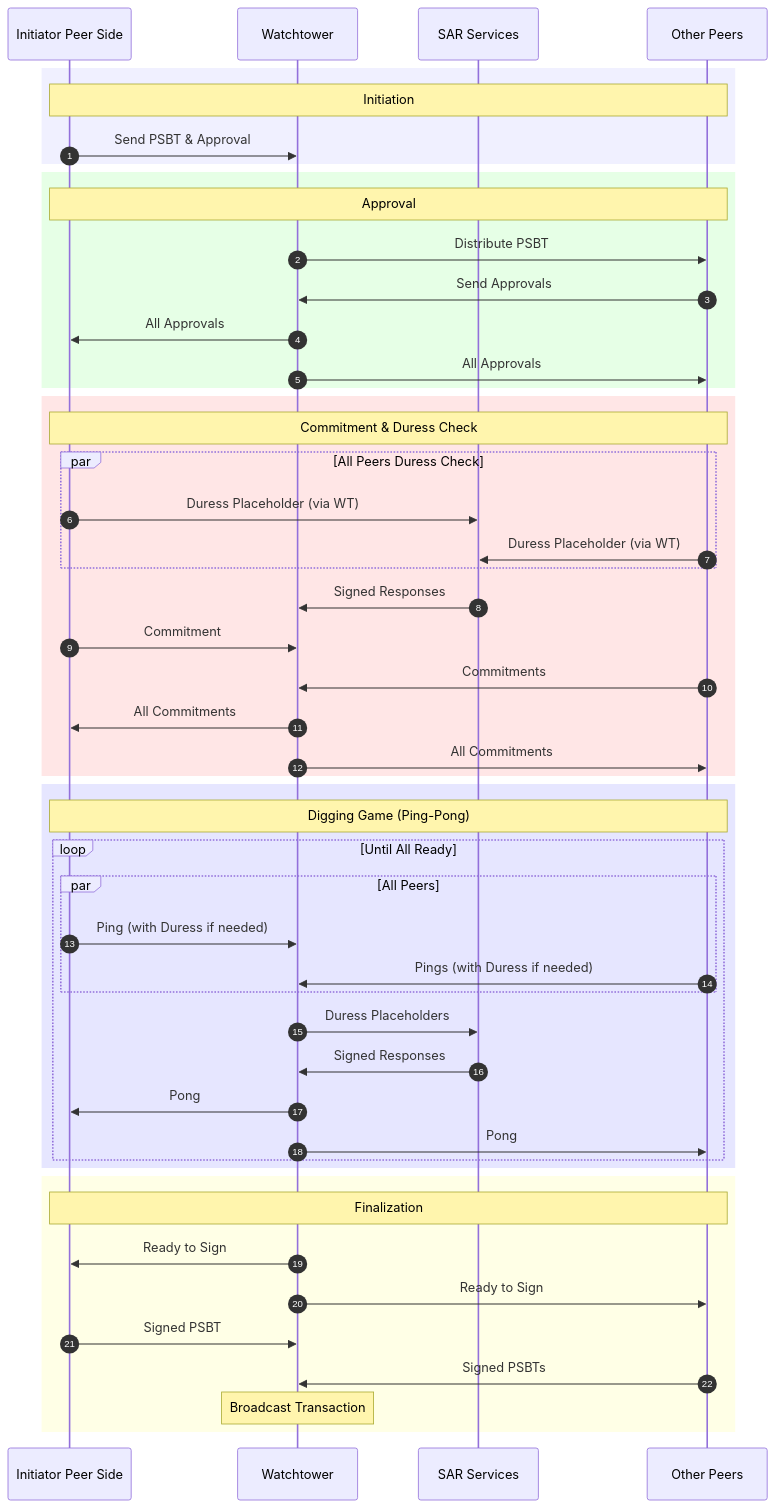
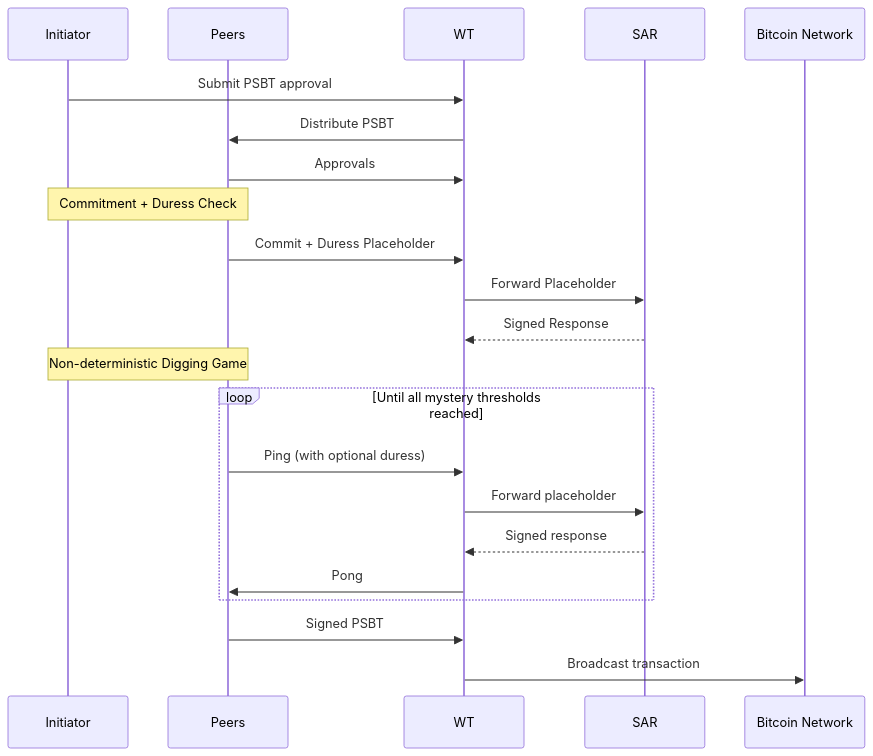
The diagram in README.md (bitryonix/boomerang_design), drawn with Mermaid before and after one commit. The commit also changed other lines of this file and 10 other files, not shown here.

````diff
--- a/README.md
+++ b/README.md
@@ -228,58 +228,27 @@
 ```mermaid
 sequenceDiagram
-    participant Initiator as Initiator Peer Side
-    participant WT as Watchtower
-    participant SAR as SAR Services
-    participant Others as Other Peers
+    participant Initiator
+    participant Peers
+    participant WT
+    participant SAR
 
-    autonumber
+    Initiator->>WT: Submit PSBT approval
+    WT->>Peers: Distribute PSBT
+    Peers->>WT: Approvals
 
-    rect rgb(240, 240, 255)
-    note over Initiator, Others: Initiation
-    Initiator->>WT: Send PSBT & Approval
+    Note over Initiator,Peers: Commitment + Duress Check
+    Peers->>WT: Commit + Duress Placeholder
+    WT->>SAR: Forward Placeholder
+    SAR-->>WT: Signed Response
+
+    Note over Initiator,Peers: Non-deterministic Digging Game
+    loop Until all mystery thresholds reached
+        Peers->>WT: Ping (with optional duress)
+        WT->>SAR: Forward placeholder
+        SAR-->>WT: Signed response
+        WT->>Peers: Pong
     end
 
-    rect rgb(230, 255, 230)
-    note over Initiator, Others: Approval
-    WT->>Others: Distribute PSBT
-    Others->>WT: Send Approvals
-    WT->>Initiator: All Approvals
-    WT->>Others: All Approvals
-    end
-
-    rect rgb(255, 230, 230)
-    note over Initiator, Others: Commitment & Duress Check
-    par All Peers Duress Check
-    Initiator->>SAR: Duress Placeholder (via WT)
-    Others->>SAR: Duress Placeholder (via WT)
-    end
-    SAR->>WT: Signed Responses
-    Initiator->>WT: Commitment
-    Others->>WT: Commitments
-    WT->>Initiator: All Commitments
-    WT->>Others: All Commitments
-    end
-
-    rect rgb(230, 230, 255)
-    note over Initiator, Others: Digging Game (Ping-Pong)
-    loop Until All Ready
-    par All Peers
-    Initiator->>WT: Ping (with Duress if needed)
-    Others->>WT: Pings (with Duress if needed)
-    end
-    WT->>SAR: Duress Placeholders
-    SAR->>WT: Signed Responses
-    WT->>Initiator: Pong
-    WT->>Others: Pong
-    end
-    end
-
-    rect rgb(255, 255, 230)
-    note over Initiator, Others: Finalization
-    WT->>Initiator: Ready to Sign
-    WT->>Others: Ready to Sign
-    Initiator->>WT: Signed PSBT
-    Others->>WT: Signed PSBTs
-    note over WT: Broadcast Transaction
-    end
+    Peers->>WT: Signed PSBT
+    WT->>Bitcoin Network: Broadcast transaction
 ```
````
